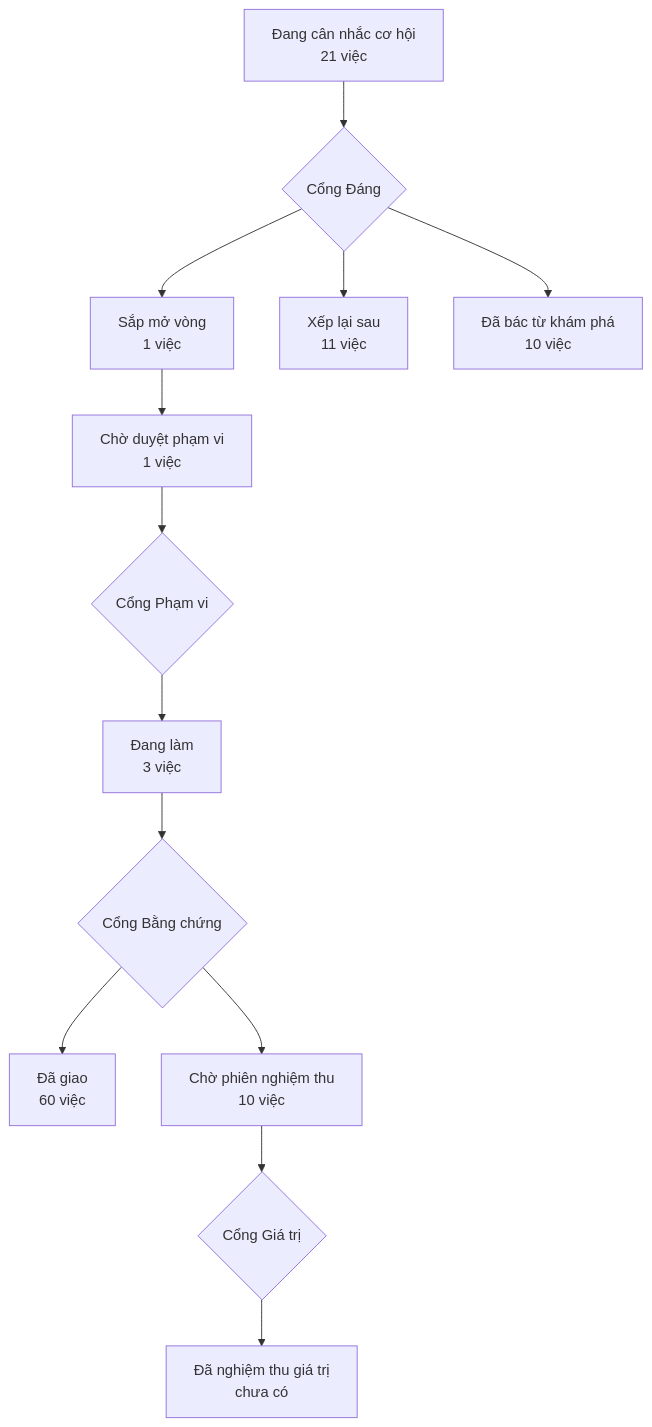
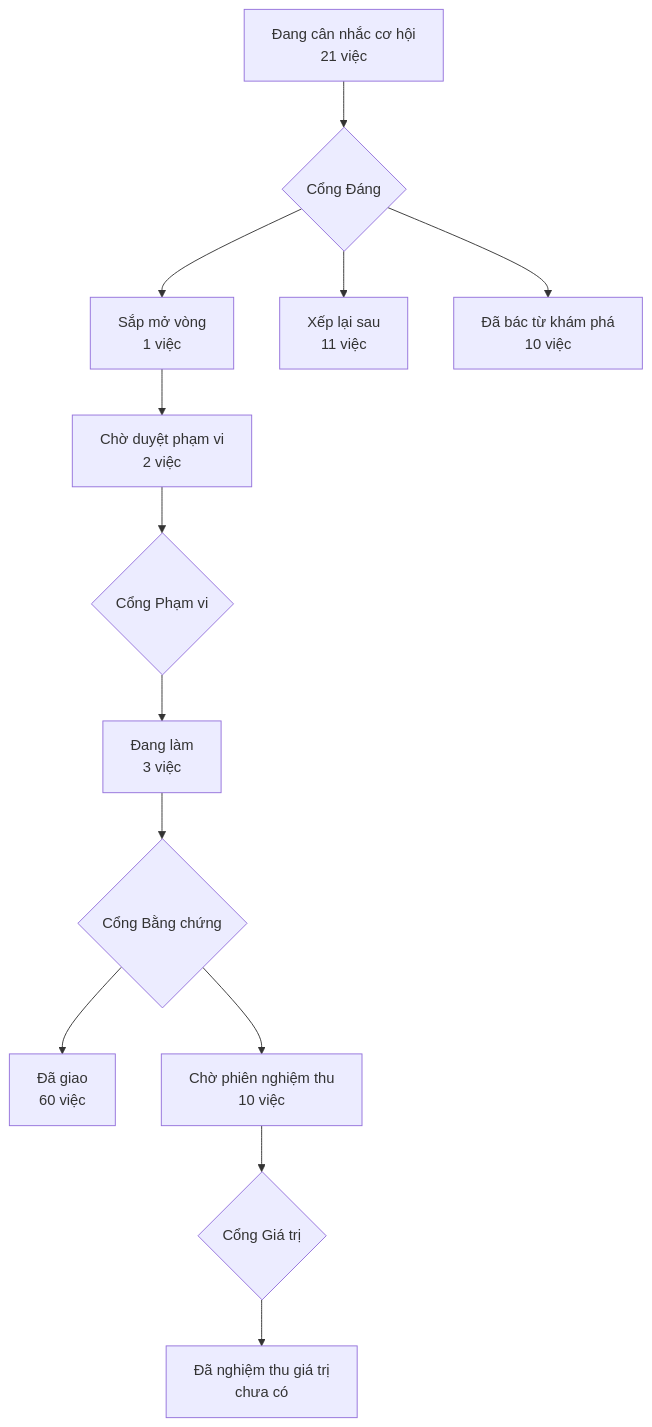
One commit to phanlemanh/acceptance-gate-kit changed the diagram in PRODUCT-MAP.md. Above: the diagram before and after it, drawn with Mermaid. The commit also changed other lines of this file and 9 other files, not shown here.

````diff
--- a/PRODUCT-MAP.md
+++ b/PRODUCT-MAP.md
@@ -6,12 +6,12 @@
 ```mermaid
 flowchart TD
   A["Đang cân nhắc cơ hội<br/>21 việc"] --> GD{"Cổng Đáng"}
   GD --> B["Sắp mở vòng<br/>1 việc"]
   GD --> XL["Xếp lại sau<br/>11 việc"]
   GD --> DB["Đã bác từ khám phá<br/>10 việc"]
-  B --> CD["Chờ duyệt phạm vi<br/>1 việc"] --> GP{"Cổng Phạm vi"}
+  B --> CD["Chờ duyệt phạm vi<br/>2 việc"] --> GP{"Cổng Phạm vi"}
   GP --> DL["Đang làm<br/>3 việc"] --> GB{"Cổng Bằng chứng"}
   GB --> DG["Đã giao<br/>60 việc"]
   GB --> CN["Chờ phiên nghiệm thu<br/>10 việc"] --> GG{"Cổng Giá trị"}
   GG --> NT["Đã nghiệm thu giá trị<br/>chưa có"]
 ```
````
